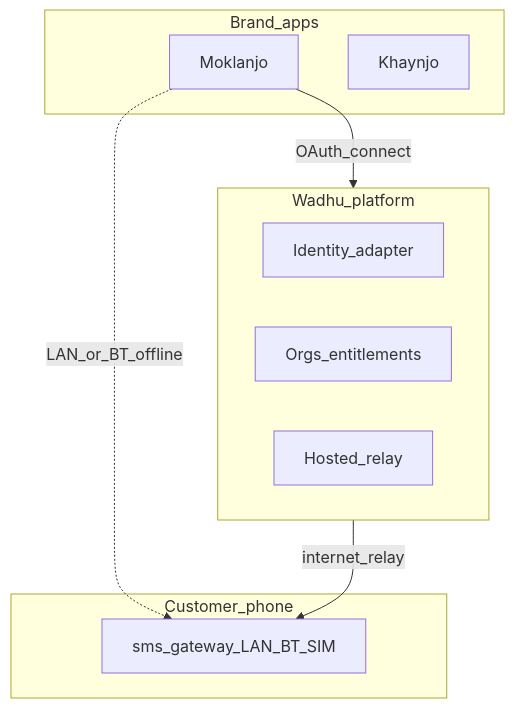
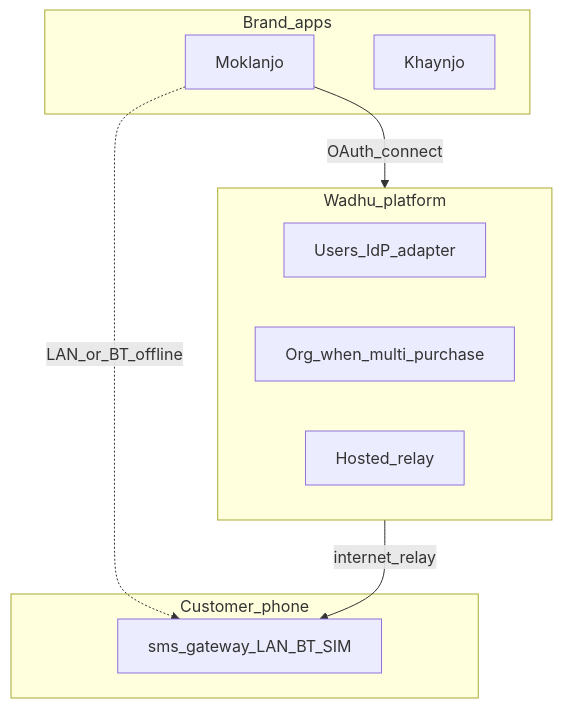
Before and after one commit to gotigin/wadhu: the second of 2 diagrams in docs/plans/BT_THEN_IDENTITY.md, drawn with Mermaid. The commit also changed other lines of this file and 39 other files, not shown here.

````diff
--- a/docs/plans/BT_THEN_IDENTITY.md
+++ b/docs/plans/BT_THEN_IDENTITY.md
@@ -49,18 +49,18 @@
 ```mermaid
 flowchart TB
   subgraph wadhu [Wadhu_platform]
-    id[Identity_adapter]
-    org[Orgs_entitlements]
+    id[Users_IdP_adapter]
+    org[Org_when_multi_purchase]
     relay[Hosted_relay]
   end
   subgraph devices [Customer_phone]
     gw[sms_gateway_LAN_BT_SIM]
   end
   subgraph brands [Brand_apps]
     mok[Moklanjo]
     kha[Khaynjo]
   end
   mok -->|OAuth_connect| wadhu
   wadhu -->|internet_relay| gw
   mok -.->|LAN_or_BT_offline| gw
 ```
````
